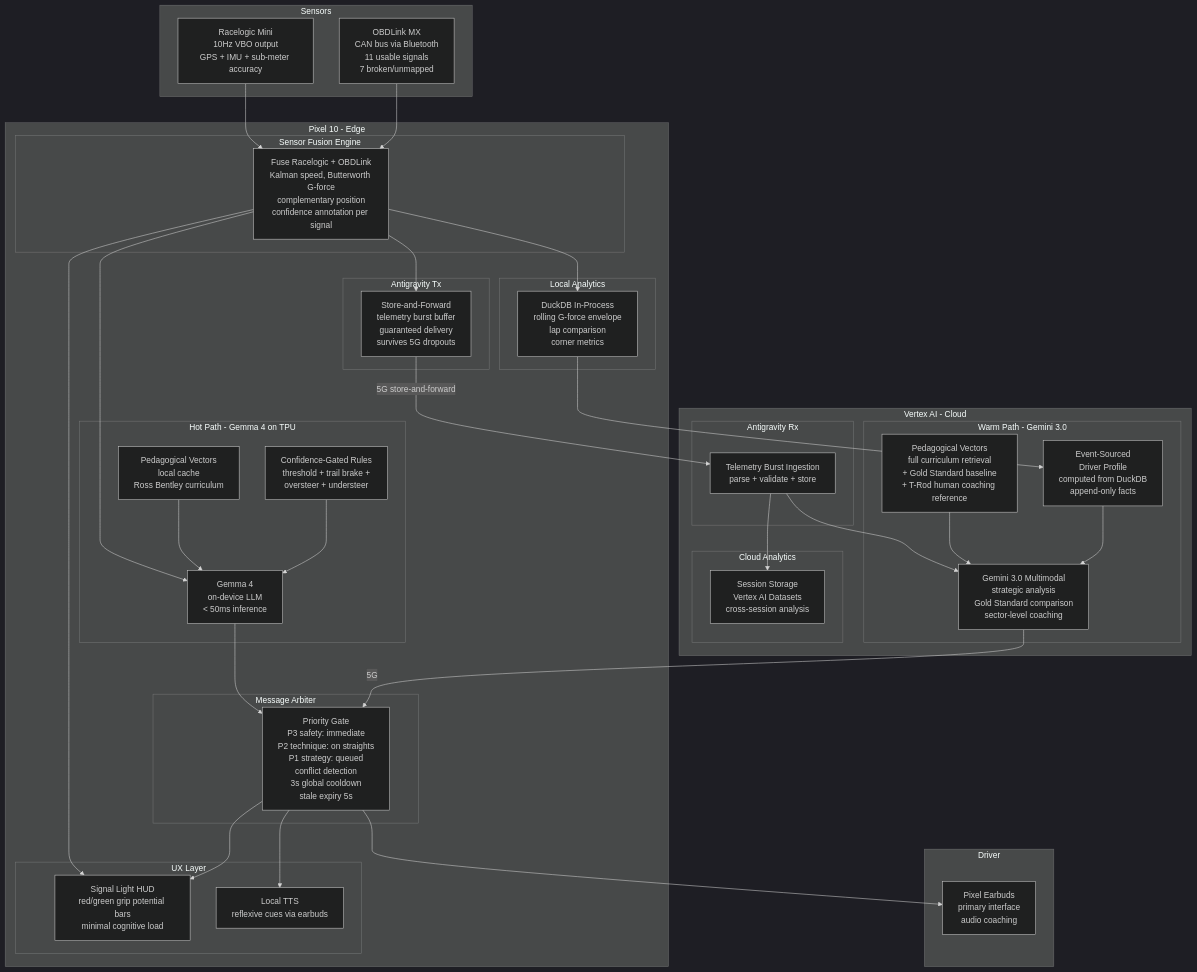
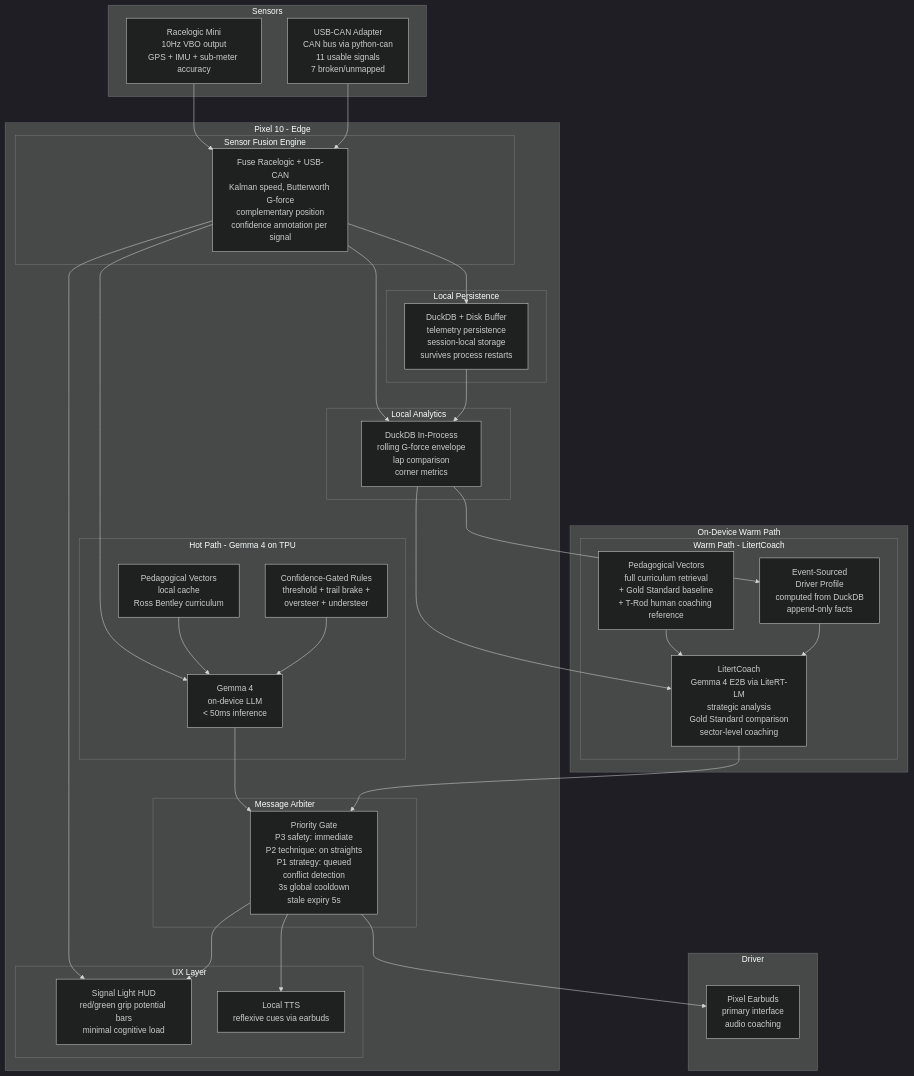
The first of 2 diagrams in docs/architecture.md (mlnomadpy/pitwall), drawn with Mermaid (dark theme) before and after one commit. The commit also changed other lines of this file and 47 other files, not shown here.

````diff
--- a/docs/architecture.md
+++ b/docs/architecture.md
@@ -16,81 +22,72 @@
 ```mermaid
 graph TB
     subgraph Sensors
         RL[Racelogic Mini<br/>10Hz VBO output<br/>GPS + IMU + sub-meter accuracy]
-        OBD[OBDLink MX<br/>CAN bus via Bluetooth<br/>11 usable signals<br/>7 broken/unmapped]
+        OBD[USB-CAN Adapter<br/>CAN bus via python-can<br/>11 usable signals<br/>7 broken/unmapped]
     end
 
     subgraph Pixel 10 - Edge
         subgraph Sensor Fusion Engine
-            FUSE[Fuse Racelogic + OBDLink<br/>Kalman speed, Butterworth G-force<br/>complementary position<br/>confidence annotation per signal]
+            FUSE[Fuse Racelogic + USB-CAN<br/>Kalman speed, Butterworth G-force<br/>complementary position<br/>confidence annotation per signal]
         end
 
         subgraph Hot Path - Gemma 4 on TPU
             GEMMA[Gemma 4<br/>on-device LLM<br/>< 50ms inference]
             PVR_LOCAL[Pedagogical Vectors<br/>local cache<br/>Ross Bentley curriculum]
             RULES[Confidence-Gated Rules<br/>threshold + trail brake +<br/>oversteer + understeer]
         end
 
         subgraph Message Arbiter
             ARB[Priority Gate<br/>P3 safety: immediate<br/>P2 technique: on straights<br/>P1 strategy: queued<br/>conflict detection<br/>3s global cooldown<br/>stale expiry 5s]
         end
 
-        subgraph Antigravity Tx
-            BURST[Store-and-Forward<br/>telemetry burst buffer<br/>guaranteed delivery<br/>survives 5G dropouts]
+        subgraph Local Persistence
+            BURST[DuckDB + Disk Buffer<br/>telemetry persistence<br/>session-local storage<br/>survives process restarts]
         end
 
         subgraph UX Layer
             HUD_SIGNAL[Signal Light HUD<br/>red/green grip potential bars<br/>minimal cognitive load]
             TTS_LOCAL[Local TTS<br/>reflexive cues via earbuds]
         end
 
         subgraph Local Analytics
             DUCK[DuckDB In-Process<br/>rolling G-force envelope<br/>lap comparison<br/>corner metrics]
         end
     end
 
-    subgraph Vertex AI - Cloud
-        subgraph Antigravity Rx
-            INGEST[Telemetry Burst Ingestion<br/>parse + validate + store]
-        end
-
-        subgraph Warm Path - Gemini 3.0
-            GEMINI[Gemini 3.0 Multimodal<br/>strategic analysis<br/>Gold Standard comparison<br/>sector-level coaching]
-            PVR_CLOUD[Pedagogical Vectors<br/>full curriculum retrieval<br/>+ Gold Standard baseline<br/>+ T-Rod human coaching reference]
+    subgraph On-Device Warm Path
+        subgraph Warm Path - LitertCoach
+            LITERT[LitertCoach<br/>Gemma 4 E2B via LiteRT-LM<br/>strategic analysis<br/>Gold Standard comparison<br/>sector-level coaching]
+            PVR_FULL[Pedagogical Vectors<br/>full curriculum retrieval<br/>+ Gold Standard baseline<br/>+ T-Rod human coaching reference]
             PROFILE[Event-Sourced<br/>Driver Profile<br/>computed from DuckDB<br/>append-only facts]
-        end
-
-        subgraph Cloud Analytics
-            VERTEX_DATA[Session Storage<br/>Vertex AI Datasets<br/>cross-session analysis]
         end
     end
 
     subgraph Driver
         EARBUDS[Pixel Earbuds<br/>primary interface<br/>audio coaching]
     end
 
     RL --> FUSE
     OBD --> FUSE
 
     FUSE --> GEMMA
     FUSE --> BURST
     FUSE --> DUCK
     FUSE --> HUD_SIGNAL
 
     PVR_LOCAL --> GEMMA
     RULES --> GEMMA
     GEMMA --> ARB
 
-    BURST -->|5G store-and-forward| INGEST
-    INGEST --> GEMINI
-    PVR_CLOUD --> GEMINI
-    PROFILE --> GEMINI
-    GEMINI -->|5G| ARB
-    INGEST --> VERTEX_DATA
+    BURST --> DUCK
+    DUCK --> LITERT
+    PVR_FULL --> LITERT
+    PROFILE --> LITERT
+    LITERT --> ARB
 
     ARB --> EARBUDS
     ARB --> HUD_SIGNAL
     ARB --> TTS_LOCAL
 
     DUCK --> PROFILE
 ```
````
